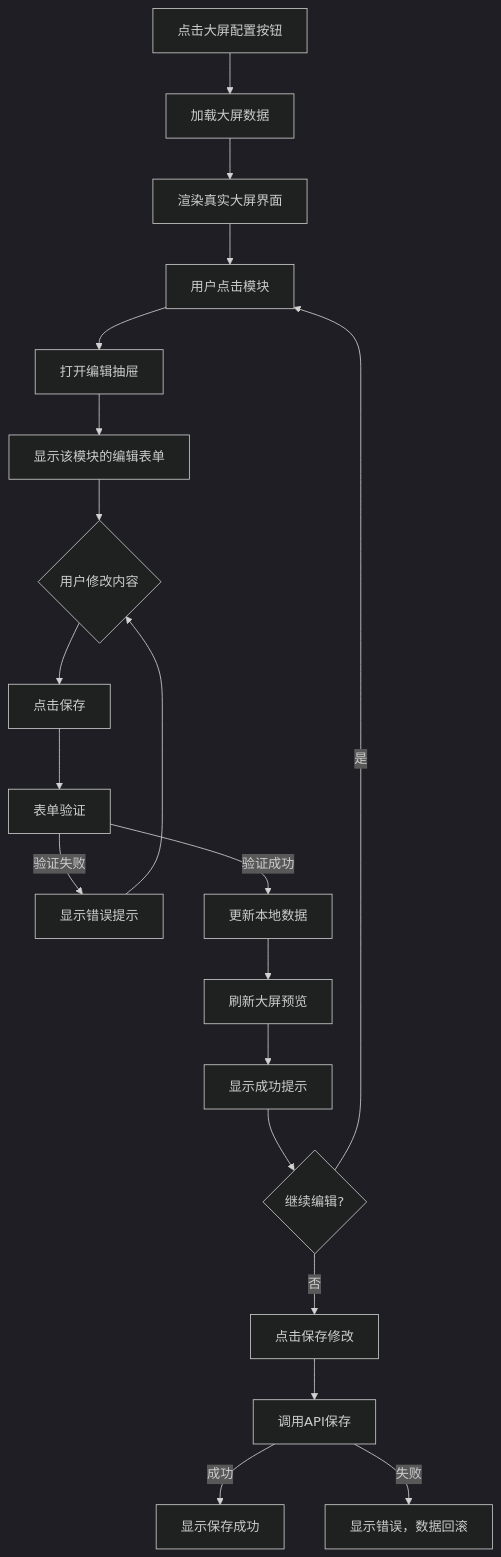
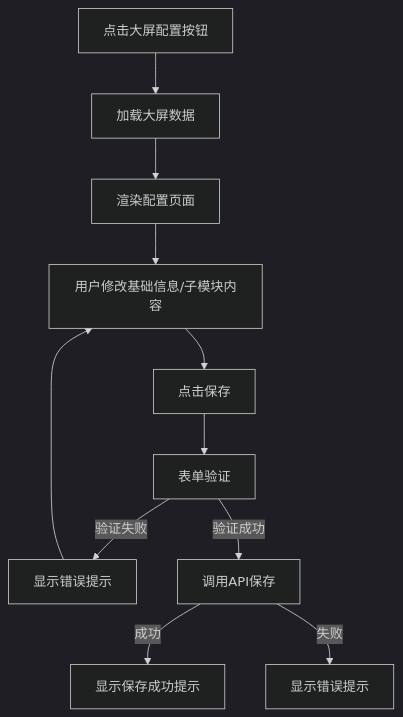
One commit to kcaaaa/people-metro-admin-v2 changed the first of 4 diagrams in 大屏管理需求设计文档.md. Above: the diagram before and after it, drawn with Mermaid (dark theme). The commit also changed other lines of this file and 41 other files, not shown here.

````diff
--- a/大屏管理需求设计文档.md
+++ b/大屏管理需求设计文档.md
@@ -382,22 +317,13 @@
 ```mermaid
 graph TD
     A[点击大屏配置按钮] --> B[加载大屏数据]
-    B --> C[渲染真实大屏界面]
-    C --> D[用户点击模块]
-    D --> E[打开编辑抽屉]
-    E --> F[显示该模块的编辑表单]
-    F --> G{用户修改内容}
-    G --> H[点击保存]
-    H --> I[表单验证]
-    I --> |验证失败| J[显示错误提示]
-    J --> G
-    I --> |验证成功| K[更新本地数据]
-    K --> L[刷新大屏预览]
-    L --> M[显示成功提示]
-    M --> N{继续编辑?}
-    N --> |是| D
-    N --> |否| O[点击保存修改]
-    O --> P[调用API保存]
-    P --> |成功| Q[显示保存成功]
-    P --> |失败| R[显示错误，数据回滚]
+    B --> C[渲染配置页面]
+    C --> D[用户修改基础信息/子模块内容]
+    D --> E[点击保存]
+    E --> F[表单验证]
+    F --> |验证失败| G[显示错误提示]
+    G --> D
+    F --> |验证成功| H[调用API保存]
+    H --> |成功| I[显示保存成功提示]
+    H --> |失败| J[显示错误提示]
 ```
````
